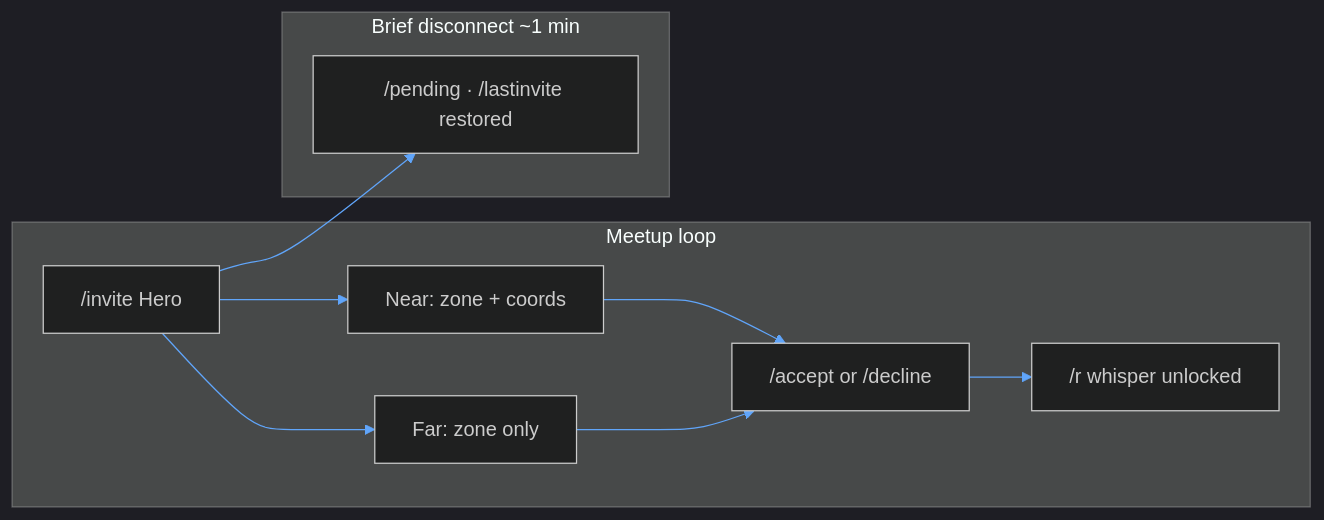
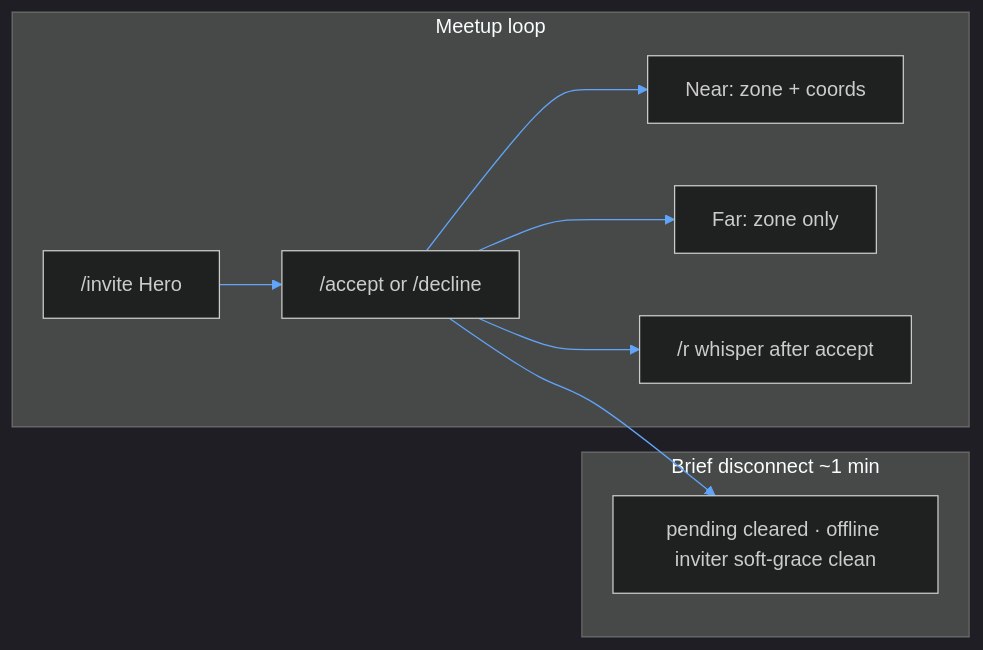
One commit to Im-Nova-Dev/dq1_mmo changed the second of 8 diagrams in README.md. Above: the diagram before and after it, drawn with Mermaid. The commit also changed other lines of this file and 9 other files, not shown here.

First line of the commit message:
Ship v0.5.142: meetup accept/decline handler extract with soft-grace clear.

````diff
--- a/README.md
+++ b/README.md
@@ -254,14 +254,13 @@
 ```mermaid
 %%{init: {'theme': 'dark', 'themeVariables': { 'primaryColor': '#1e3a8a', 'primaryTextColor': '#dbeafe', 'lineColor': '#60a5fa', 'secondaryColor': '#1e293b'}}}%%
 flowchart LR
   subgraph meetup ["Meetup loop"]
-    I["/invite Hero"] --> N["Near: zone + coords"]
-    I --> F["Far: zone only"]
-    N --> A["/accept or /decline"]
-    F --> A
-    A --> R["/r whisper unlocked"]
+    I["/invite Hero"] --> A["/accept or /decline"]
+    A --> N["Near: zone + coords"]
+    A --> F["Far: zone only"]
+    A --> R["/r whisper after accept"]
   end
   subgraph soft ["Brief disconnect ~1 min"]
-    I --> P["/pending · /lastinvite restored"]
+    A --> P["pending cleared · offline inviter soft-grace clean"]
   end
 ```
````
